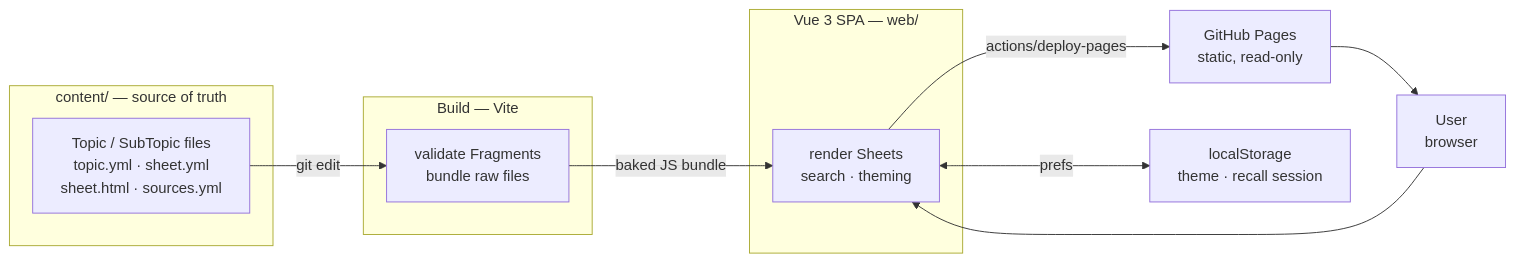
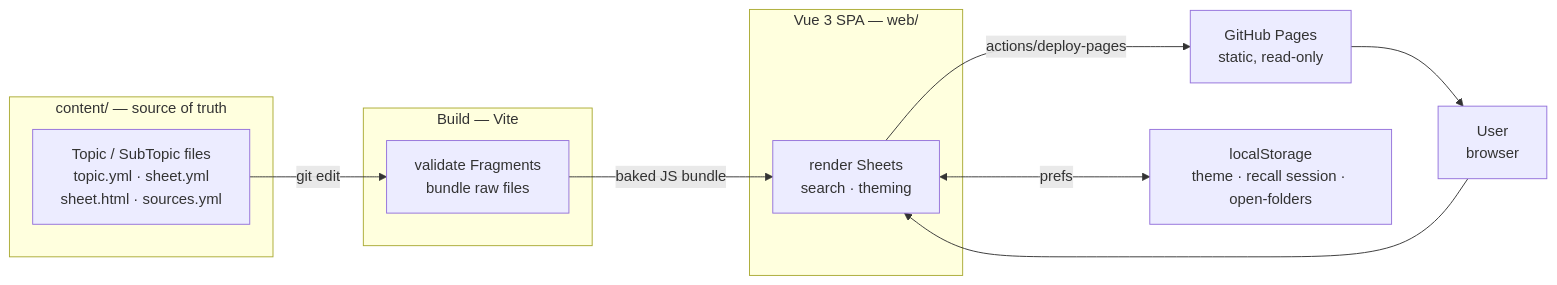
One commit to Povaz/cheatsheets changed the first of 6 diagrams in docs/hldd/hldd.md. Above: the diagram before and after it, drawn with Mermaid. The commit also changed other lines of this file and 20 other files, not shown here.

````diff
--- a/docs/hldd/hldd.md
+++ b/docs/hldd/hldd.md
@@ -36,22 +36,22 @@
 ```mermaid
 flowchart LR
     subgraph authoring["content/ — source of truth"]
         C["Topic / SubTopic files<br/>topic.yml · sheet.yml<br/>sheet.html · sources.yml"]
     end
     subgraph build["Build — Vite"]
         B["validate Fragments<br/>bundle raw files"]
     end
     subgraph app["Vue 3 SPA — web/"]
         A["render Sheets<br/>search · theming"]
     end
     H["GitHub Pages<br/>static, read-only"]
     U["User<br/>browser"]
-    LS["localStorage<br/>theme · recall session"]
+    LS["localStorage<br/>theme · recall session · open-folders"]
 
     C -->|git edit| B
     B -->|baked JS bundle| A
     A -->|actions/deploy-pages| H
     H --> U
     U --> A
     A <-->|prefs| LS
 ```
````
